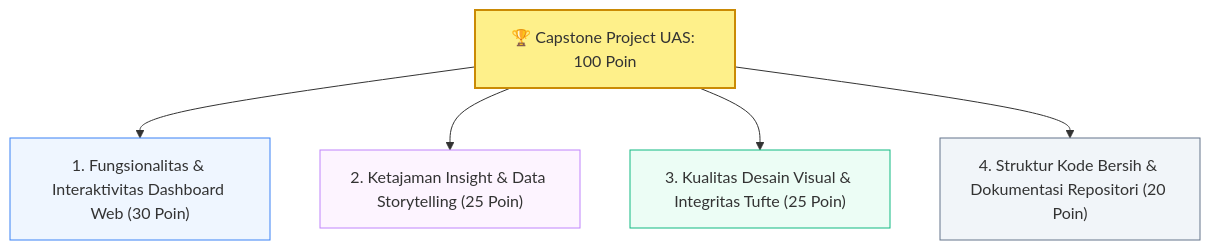
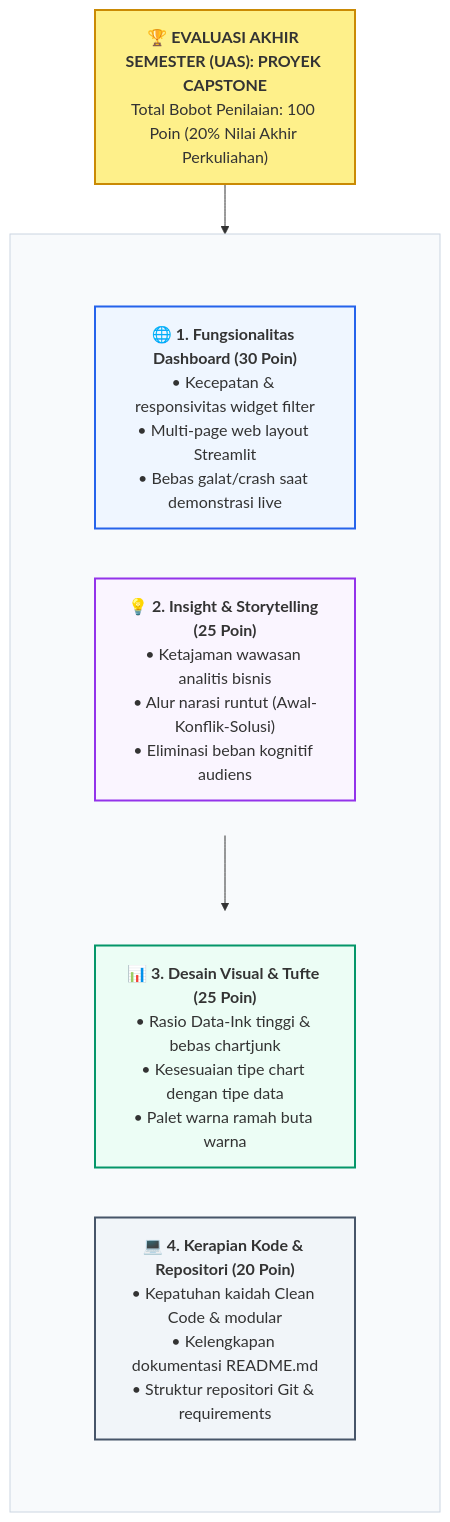
The diagram in docs/visualisasi-data/16-evaluasi-akhir-semester.md (mahendaruui/Perkuliahan), drawn with Mermaid before and after one commit. The commit also changed 3 other files, not shown here.

Commit message:
feat: enhance and standardize documentation Mermaid diagrams across visual data modules

````diff
--- a/docs/visualisasi-data/16-evaluasi-akhir-semester.md
+++ b/docs/visualisasi-data/16-evaluasi-akhir-semester.md
@@ -20,13 +20,30 @@
 ```mermaid
 flowchart TD
-    A["🏆 Capstone Project UAS: 100 Poin"] --> B["1. Fungsionalitas & Interaktivitas Dashboard Web (30 Poin)"]
-    A --> C["2. Ketajaman Insight & Data Storytelling (25 Poin)"]
-    A --> D["3. Kualitas Desain Visual & Integritas Tufte (25 Poin)"]
-    A --> E["4. Struktur Kode Bersih & Dokumentasi Repositori (20 Poin)"]
+    Root["🏆 <b>EVALUASI AKHIR SEMESTER (UAS): PROYEK CAPSTONE</b><br>Total Bobot Penilaian: 100 Poin (20% Nilai Akhir Perkuliahan)"]
+    
+    subgraph Grid[" "]
+        direction TB
+        subgraph Row1[" "]
+            direction LR
+            B["🌐 <b>1. Fungsionalitas Dashboard (30 Poin)</b><br>• Kecepatan & responsivitas widget filter<br>• Multi-page web layout Streamlit<br>• Bebas galat/crash saat demonstrasi live"]
+            C["💡 <b>2. Insight & Storytelling (25 Poin)</b><br>• Ketajaman wawasan analitis bisnis<br>• Alur narasi runtut (Awal-Konflik-Solusi)<br>• Eliminasi beban kognitif audiens"]
+        end
+        subgraph Row2[" "]
+            direction LR
+            D["📊 <b>3. Desain Visual & Tufte (25 Poin)</b><br>• Rasio Data-Ink tinggi & bebas chartjunk<br>• Kesesuaian tipe chart dengan tipe data<br>• Palet warna ramah buta warna"]
+            E["💻 <b>4. Kerapian Kode & Repositori (20 Poin)</b><br>• Kepatuhan kaidah Clean Code & modular<br>• Kelengkapan dokumentasi README.md<br>• Struktur repositori Git & requirements"]
+        end
+    end
 
-    style A fill:#fef08a,stroke:#ca8a04,stroke-width:2px
-    style B fill:#eff6ff,stroke:#3b82f6
-    style C fill:#fdf4ff,stroke:#c084fc
-    style D fill:#ecfdf5,stroke:#10b981
-    style E fill:#f1f5f9,stroke:#64748b
+    Root --> Row1
+    Row1 --> Row2
+
+    style Root fill:#fef08a,stroke:#ca8a04,stroke-width:2px
+    style Grid fill:#f8fafc,stroke:#cbd5e1,stroke-width:1px
+    style Row1 fill:none,stroke:none
+    style Row2 fill:none,stroke:none
+    style B fill:#eff6ff,stroke:#2563eb,stroke-width:2px
+    style C fill:#faf5ff,stroke:#9333ea,stroke-width:2px
+    style D fill:#ecfdf5,stroke:#059669,stroke-width:2px
+    style E fill:#f1f5f9,stroke:#475569,stroke-width:2px
 ```
````
